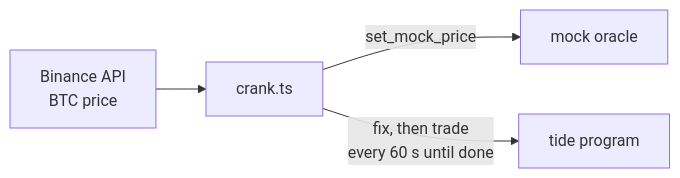
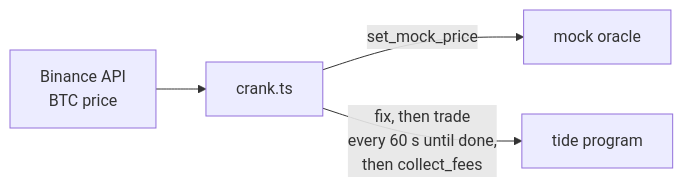
Before and after one commit to 0xnex/tide: diagram 13 of 14 in README.md, drawn with Mermaid. The commit also changed other lines of this file and 7 other files, not shown here.

````diff
--- a/README.md
+++ b/README.md
@@ -228,5 +230,5 @@
 ```mermaid
 flowchart LR
   BN["Binance API<br/>BTC price"] --> CR["crank.ts"] -- "set_mock_price" --> O["mock oracle"]
-  CR -- "fix, then trade<br/>every 60 s until done" --> P["tide program"]
+  CR -- "fix, then trade<br/>every 60 s until done,<br/>then collect_fees" --> P["tide program"]
 ```
````
